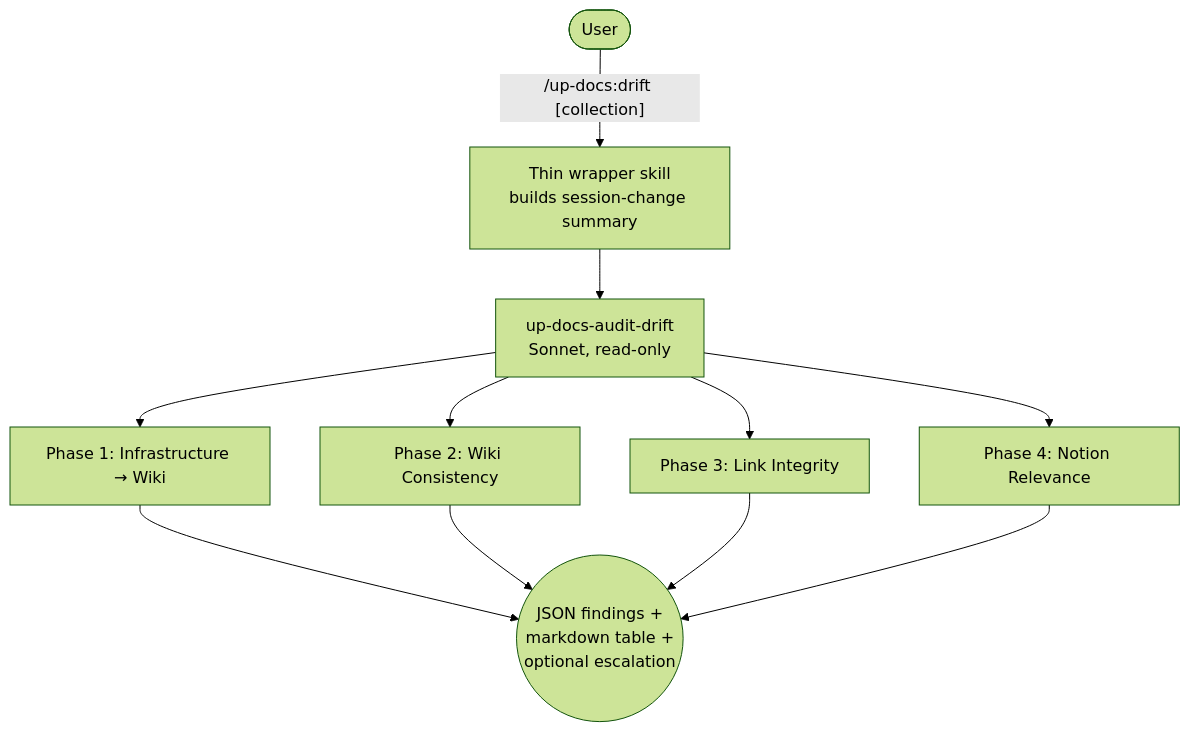
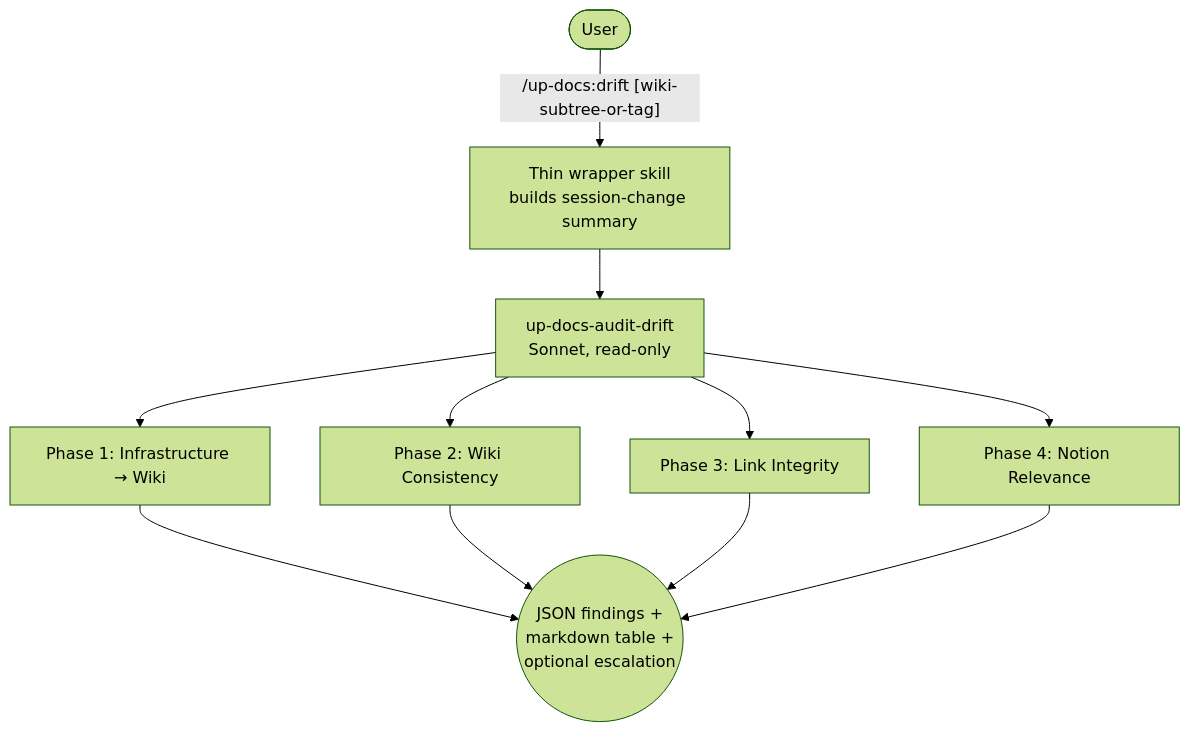
Before and after one commit to L3DigitalNet/Claude-Code-Plugins: the third of 3 diagrams in plugins/up-docs/README.md, drawn with Mermaid (forest theme). The commit also changed other lines of this file and 1 other file, not shown here.

Commit message:
docs(up-docs): retire leftover "collection" vocabulary (final-review polish)
Final whole-diff review flagged the README still documenting
`/up-docs:drift [collection]` while the skill was retargeted to
`[wiki-subtree-or-tag]`; "collection" is Outline's organizational unit
(retired, ADR-0009). README usage + mermaid → `[wiki-subtree-or-tag]`;
session-change-summary "which collections to browse" → "which wiki/
subtrees/tags to browse".

````diff
--- a/plugins/up-docs/README.md
+++ b/plugins/up-docs/README.md
@@ -127,13 +127,13 @@
 ```mermaid
 flowchart TD
-    User([User]) -->|"/up-docs:drift [collection]"| Wrapper2[Thin wrapper skill<br/>builds session-change summary]
+    User([User]) -->|"/up-docs:drift [wiki-subtree-or-tag]"| Wrapper2[Thin wrapper skill<br/>builds session-change summary]
     Wrapper2 --> Auditor[up-docs-audit-drift<br/>Sonnet, read-only]
     Auditor --> P1[Phase 1: Infrastructure → Wiki]
     Auditor --> P2[Phase 2: Wiki Consistency]
     Auditor --> P3[Phase 3: Link Integrity]
     Auditor --> P4[Phase 4: Notion Relevance]
     P1 --> Findings((JSON findings +<br/>markdown table +<br/>optional escalation))
     P2 --> Findings
     P3 --> Findings
     P4 --> Findings
 ```
````
